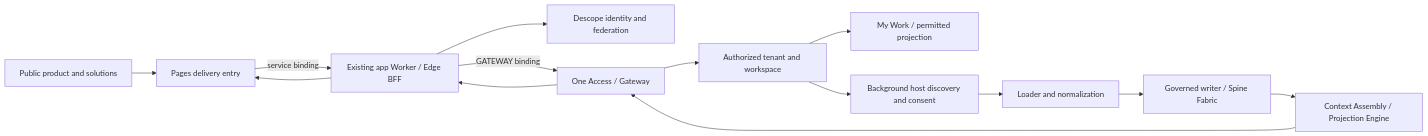
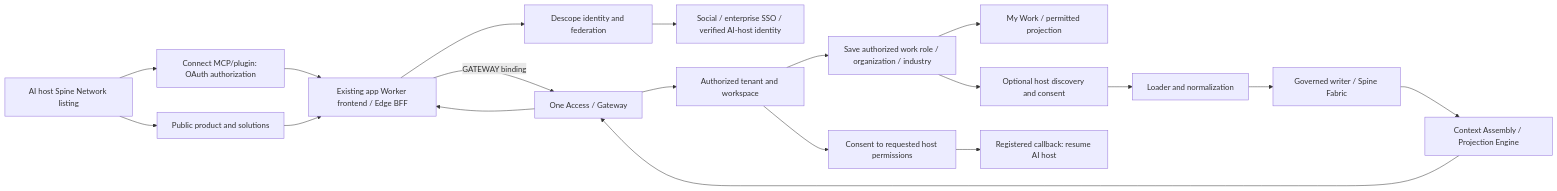
Before and after one commit to SpineInnovLabs/spinemarketing: the diagram in docs/superpowers/specs/2026-10-10-workspace-entry-pages-design.md, drawn with Mermaid. The commit also changed other lines of this file, not shown here.

First line of the commit message:
Document host entry journeys and authorized role onboarding (#19)

````diff
--- a/docs/superpowers/specs/2026-10-10-workspace-entry-pages-design.md
+++ b/docs/superpowers/specs/2026-10-10-workspace-entry-pages-design.md
@@ -48,16 +80,21 @@
 ```mermaid
 flowchart LR
-    M[Public product and solutions] --> P[Pages delivery entry]
-    P -->|service binding| W[Existing app Worker / Edge BFF]
+    H0[AI host Spine Network listing] --> O[Connect MCP/plugin: OAuth authorization]
+    H0 --> M
+    M[Public product and solutions] --> W[Existing app Worker frontend / Edge BFF]
+    O --> W
     W --> D[Descope identity and federation]
+    D --> I[Social / enterprise SSO / verified AI-host identity]
     W -->|GATEWAY binding| G[One Access / Gateway]
     G --> A[Authorized tenant and workspace]
-    A --> V[My Work / permitted projection]
-    A --> H[Background host discovery and consent]
+    A --> F[Save authorized work role / organization / industry]
+    F --> V[My Work / permitted projection]
+    A --> Q[Consent to requested host permissions]
+    Q --> R[Registered callback: resume AI host]
+    F --> H[Optional host discovery and consent]
     H --> L[Loader and normalization]
     L --> S[Governed writer / Spine Fabric]
     S --> C[Context Assembly / Projection Engine]
     C --> G
     G --> W
-    W --> P
 ```
````
